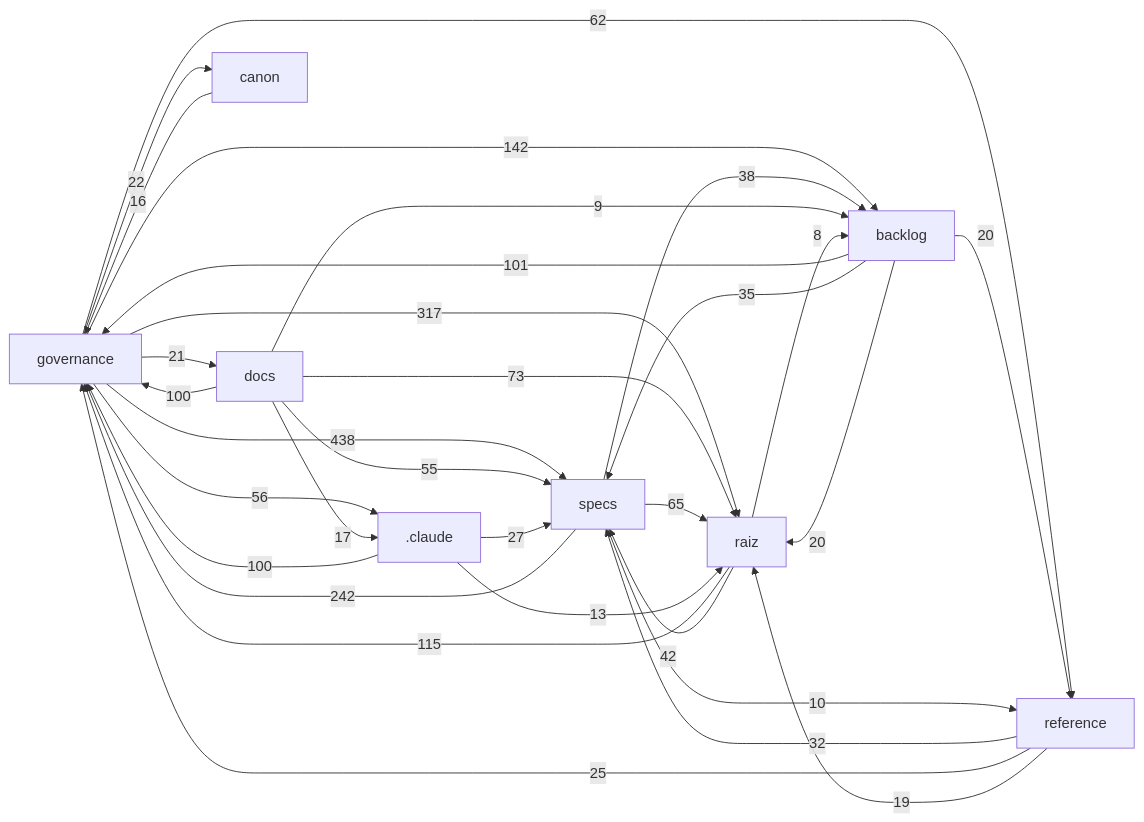
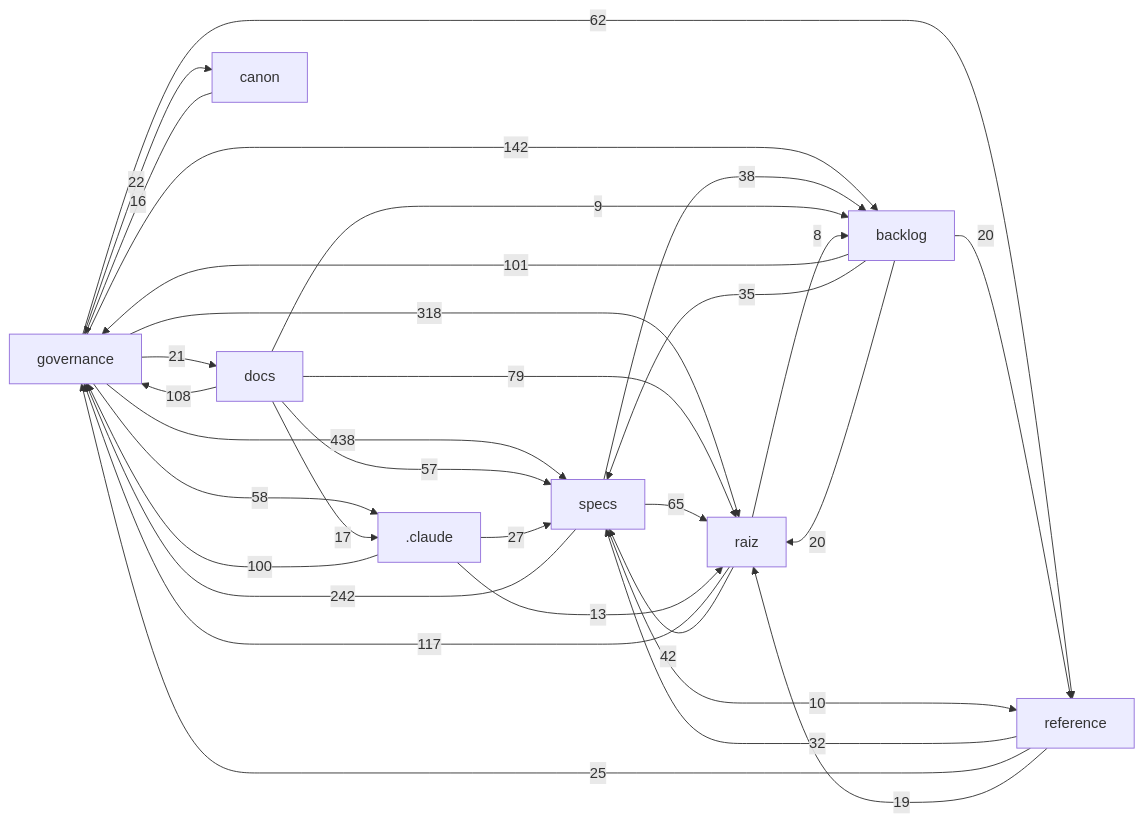
One commit to Andraus35/Sistema-Operacional-de-Trading--SOT changed the diagram in docs/mapa/MAPA-PROJETO.md. Above: the diagram before and after it, drawn with Mermaid. The commit also changed other lines of this file and 7 other files, not shown here.

````diff
--- a/docs/mapa/MAPA-PROJETO.md
+++ b/docs/mapa/MAPA-PROJETO.md
@@ -29,33 +29,33 @@
 ```mermaid
 flowchart LR
   governance["governance"] -->|438| specs["specs"]
-  governance["governance"] -->|317| raiz["raiz"]
+  governance["governance"] -->|318| raiz["raiz"]
   specs["specs"] -->|242| governance["governance"]
   governance["governance"] -->|142| backlog["backlog"]
-  raiz["raiz"] -->|115| governance["governance"]
+  raiz["raiz"] -->|117| governance["governance"]
+  docs["docs"] -->|108| governance["governance"]
   backlog["backlog"] -->|101| governance["governance"]
   _claude[".claude"] -->|100| governance["governance"]
-  docs["docs"] -->|100| governance["governance"]
-  docs["docs"] -->|73| raiz["raiz"]
+  docs["docs"] -->|79| raiz["raiz"]
   specs["specs"] -->|65| raiz["raiz"]
   governance["governance"] -->|62| reference["reference"]
-  governance["governance"] -->|56| _claude[".claude"]
-  docs["docs"] -->|55| specs["specs"]
+  governance["governance"] -->|58| _claude[".claude"]
+  docs["docs"] -->|57| specs["specs"]
   raiz["raiz"] -->|42| specs["specs"]
   specs["specs"] -->|38| backlog["backlog"]
   backlog["backlog"] -->|35| specs["specs"]
   reference["reference"] -->|32| specs["specs"]
   _claude[".claude"] -->|27| specs["specs"]
   reference["reference"] -->|25| governance["governance"]
   governance["governance"] -->|22| canon["canon"]
   governance["governance"] -->|21| docs["docs"]
   backlog["backlog"] -->|20| raiz["raiz"]
   backlog["backlog"] -->|20| reference["reference"]
   reference["reference"] -->|19| raiz["raiz"]
   docs["docs"] -->|17| _claude[".claude"]
   canon["canon"] -->|16| governance["governance"]
   _claude[".claude"] -->|13| raiz["raiz"]
   specs["specs"] -->|10| reference["reference"]
   docs["docs"] -->|9| backlog["backlog"]
   raiz["raiz"] -->|8| backlog["backlog"]
 ```
````
